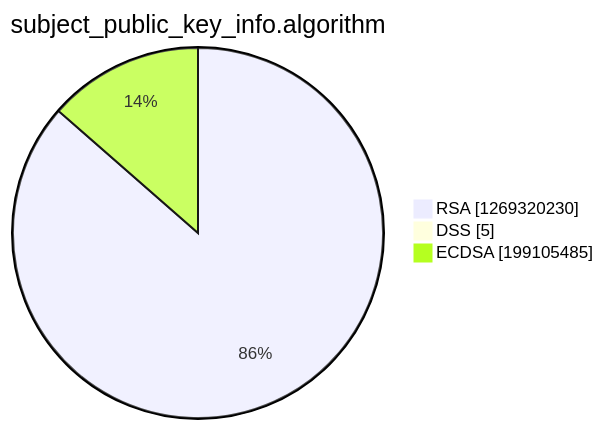
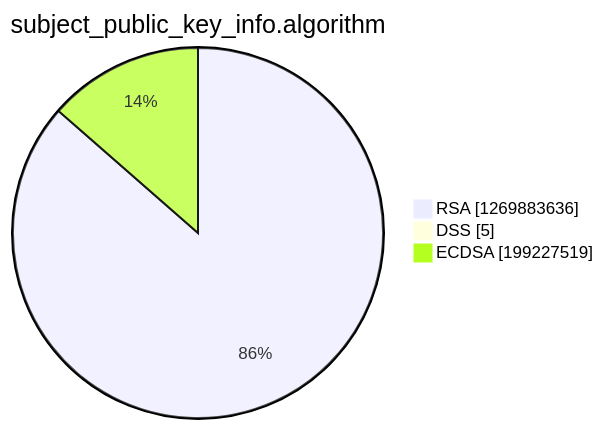
Before and after one commit to christiankrug/ctmonitor_visualization: the third of 15 diagrams in argon2022/README.md, drawn with Mermaid. The commit also changed other lines of this file, not shown here.

````diff
--- a/argon2022/README.md
+++ b/argon2022/README.md
@@ -14,7 +14,7 @@
 ```mermaid
 pie showData
 title subject_public_key_info.algorithm
-"RSA" :1269320230
+"RSA" :1269883636
 "DSS" :5
-"ECDSA" :199105485
+"ECDSA" :199227519
 ```
````
